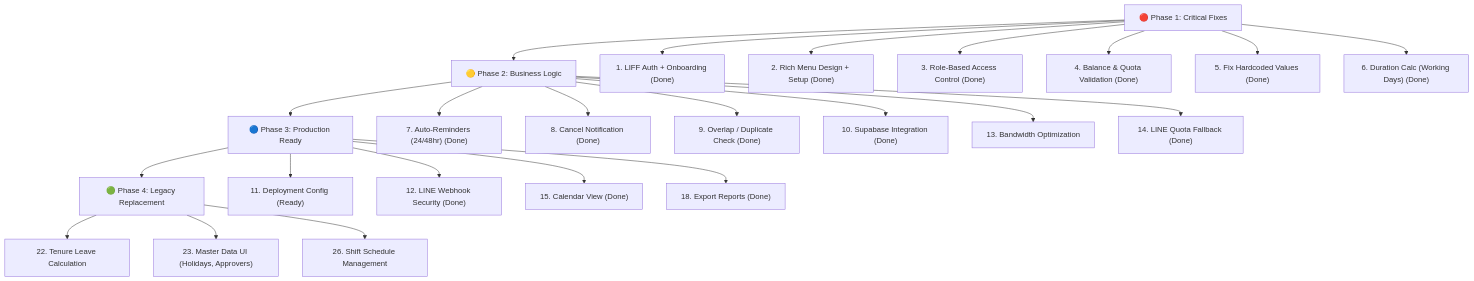
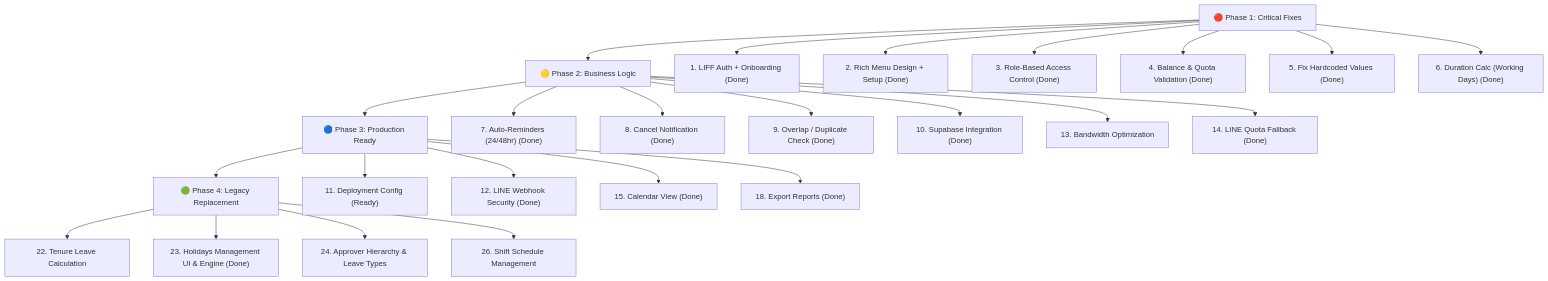
The diagram in project_analysis.md (trpxmac/doctor-leave-line), drawn with Mermaid before and after one commit. The commit also changed other lines of this file and 7 other files, not shown here.

Commit message:
feat: implement Public Holidays management UI, API, and live duration calculation

````diff
--- a/project_analysis.md
+++ b/project_analysis.md
@@ -195,29 +195,30 @@
 ```mermaid
 graph TD
     A["🔴 Phase 1: Critical Fixes"] --> B["🟡 Phase 2: Business Logic"]
     B --> C["🔵 Phase 3: Production Ready"]
     C --> D["🟢 Phase 4: Legacy Replacement"]
     
     A --> A1["1. LIFF Auth + Onboarding (Done)"]
     A --> A2["2. Rich Menu Design + Setup (Done)"]
     A --> A3["3. Role-Based Access Control (Done)"]
     A --> A4["4. Balance & Quota Validation (Done)"]
     A --> A5["5. Fix Hardcoded Values (Done)"]
     A --> A6["6. Duration Calc (Working Days) (Done)"]
     
     B --> B1["7. Auto-Reminders (24/48hr) (Done)"]
     B --> B2["8. Cancel Notification (Done)"]
     B --> B3["9. Overlap / Duplicate Check (Done)"]
     B --> B4["10. Supabase Integration (Done)"]
     B --> B5["13. Bandwidth Optimization"]
     B --> B6["14. LINE Quota Fallback (Done)"]
     
     C --> C1["11. Deployment Config (Ready)"]
     C --> C2["12. LINE Webhook Security (Done)"]
     C --> C3["15. Calendar View (Done)"]
     C --> C4["18. Export Reports (Done)"]
     
     D --> D1["22. Tenure Leave Calculation"]
-    D --> D2["23. Master Data UI (Holidays, Approvers)"]
-    D --> D3["26. Shift Schedule Management"]
+    D --> D2["23. Holidays Management UI & Engine (Done)"]
+    D --> D3["24. Approver Hierarchy & Leave Types"]
+    D --> D4["26. Shift Schedule Management"]
 ```
````
